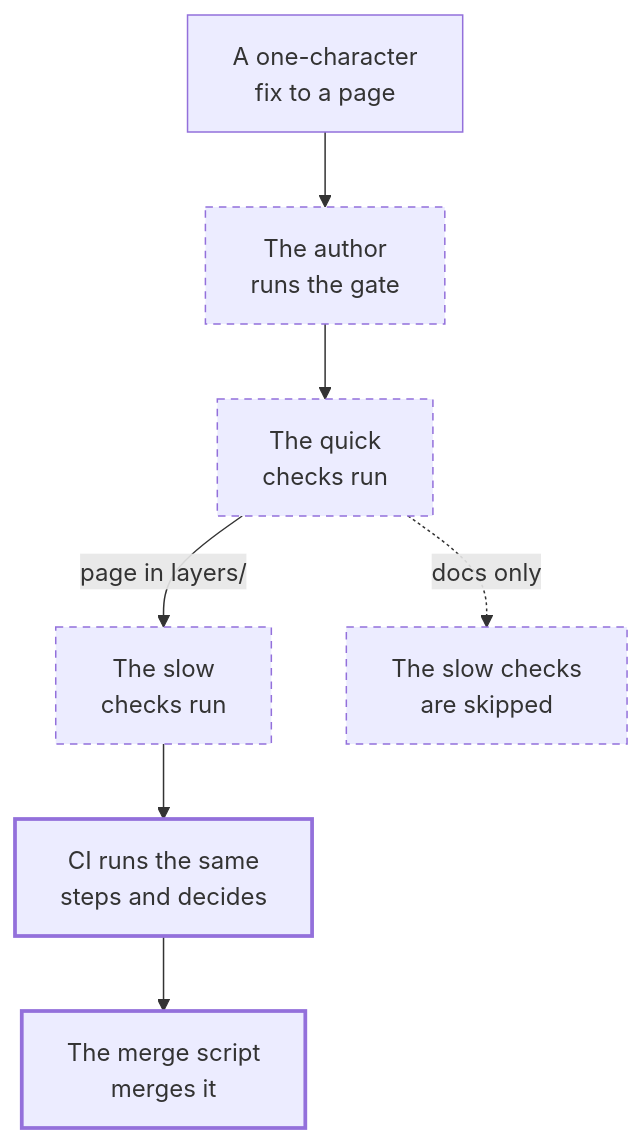
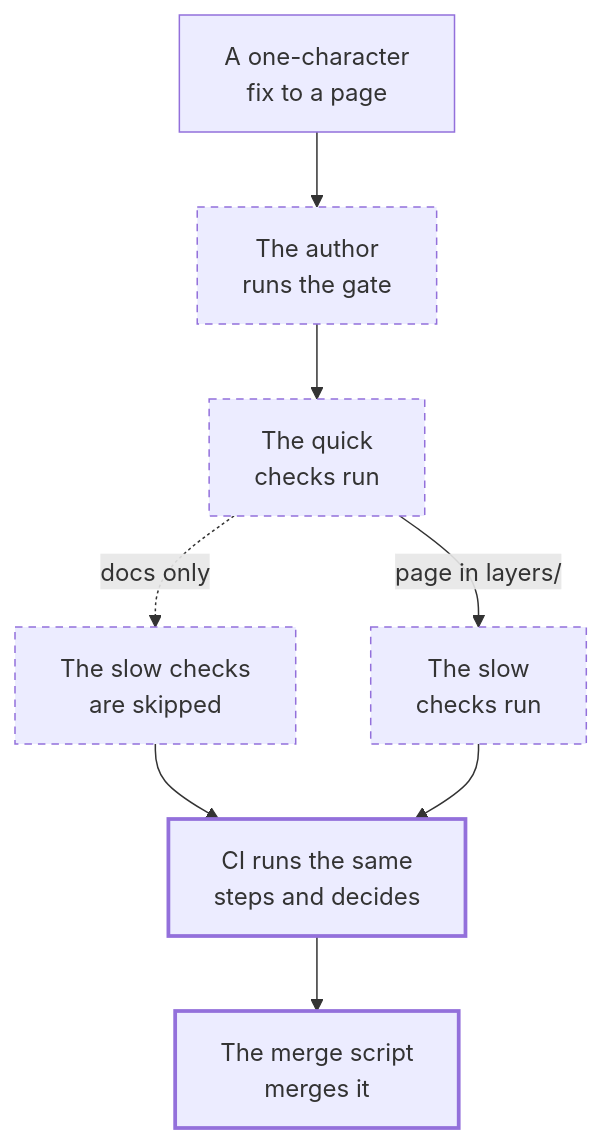
Before and after one commit to feffef/terrarium: the diagram in layers/glassbox/content/guide/pages/walkthroughs/15.a-change-meets-the-gate.md, drawn with Mermaid. The commit also changed other lines of this file and 5 other files, not shown here.

````diff
--- a/layers/glassbox/content/guide/pages/walkthroughs/15.a-change-meets-the-gate.md
+++ b/layers/glassbox/content/guide/pages/walkthroughs/15.a-change-meets-the-gate.md
@@ -12,13 +12,14 @@
 ```mermaid
 flowchart TD
   fix["A one-character<br>fix to a page"] --> local["The author<br>runs the gate"]
   local --> quick["The quick<br>checks run"]
   quick -- "page in layers/" --> slow["The slow<br>checks run"]
   quick -. "docs only" .-> skip["The slow checks<br>are skipped"]
+  skip --> ci
   slow --> ci["CI runs the same<br>steps and decides"]
   ci --> merge["The merge script<br>merges it"]
   classDef byauthor stroke-dasharray:5 4
   classDef onci stroke-width:2.5px
   class local,quick,slow,skip byauthor
   class ci,merge onci
 ```
````
